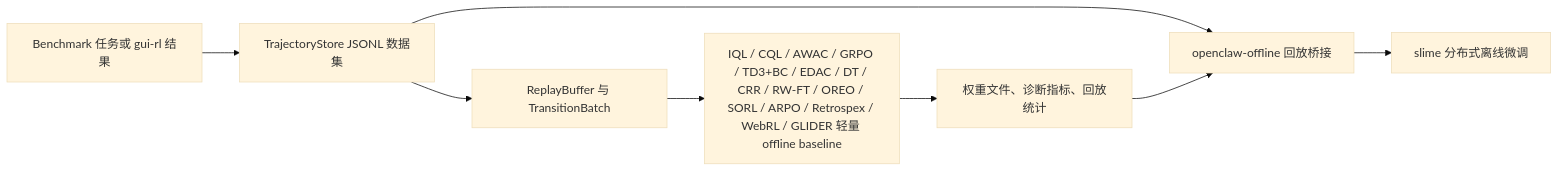
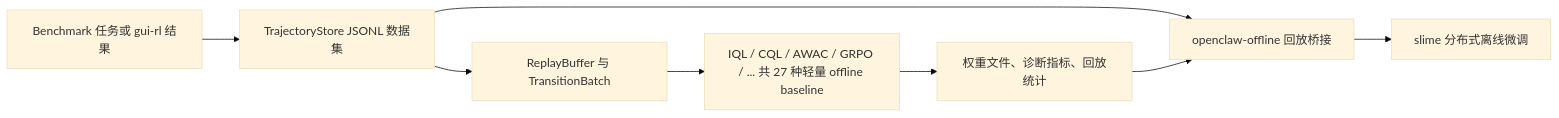
One commit to MING-ZCH/OpenClaw-RL-Offline changed the diagram in README.zh-CN.md. Above: the diagram before and after it, drawn with Mermaid (base theme). The commit also changed other lines of this file and 7 other files, not shown here.

````diff
--- a/README.zh-CN.md
+++ b/README.zh-CN.md
@@ -9,10 +9,10 @@
 ```mermaid
 flowchart LR
   A[Benchmark 任务或 gui-rl 结果] --> B[TrajectoryStore JSONL 数据集]
   B --> C[ReplayBuffer 与 TransitionBatch]
-  C --> D[IQL / CQL / AWAC / GRPO / TD3+BC / EDAC / DT / CRR / RW-FT / OREO / SORL / ARPO / Retrospex / WebRL / GLIDER 轻量 offline baseline]
+  C --> D[IQL / CQL / AWAC / GRPO / ... 共 27 种轻量 offline baseline]
   D --> E[权重文件、诊断指标、回放统计]
   B --> F[openclaw-offline 回放桥接]
   E --> F
   F --> G[slime 分布式离线微调]
 ```
````
